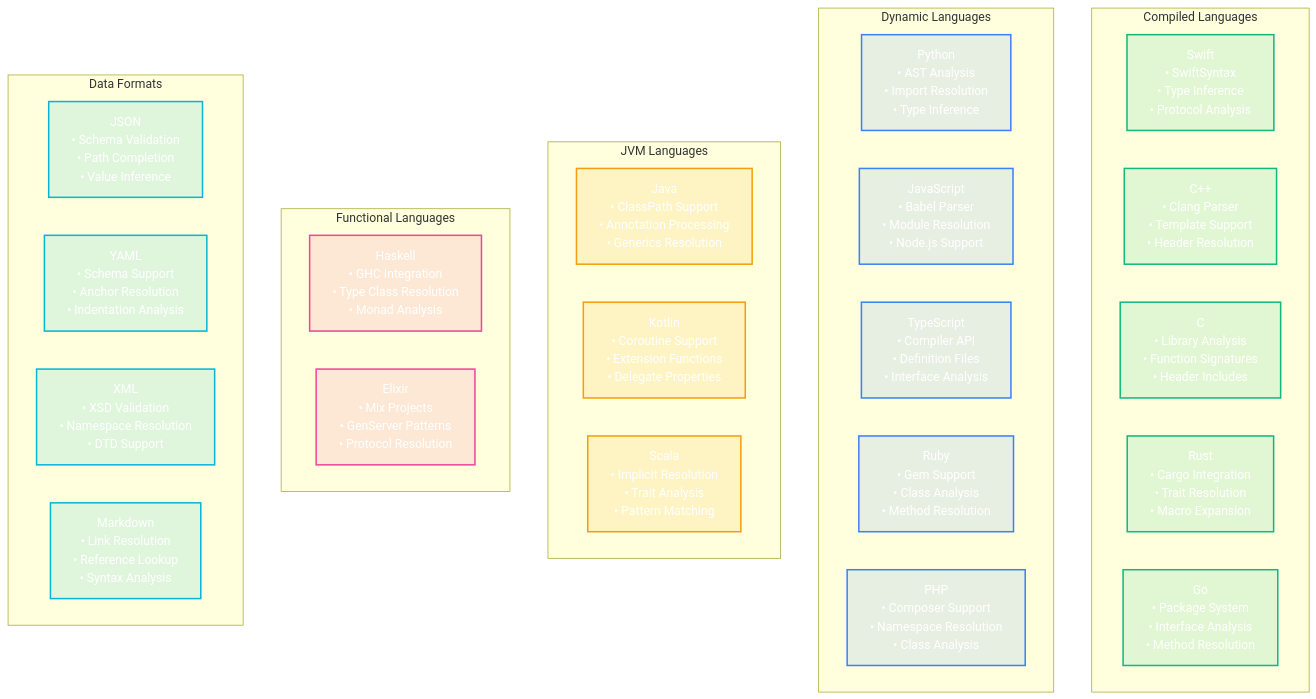
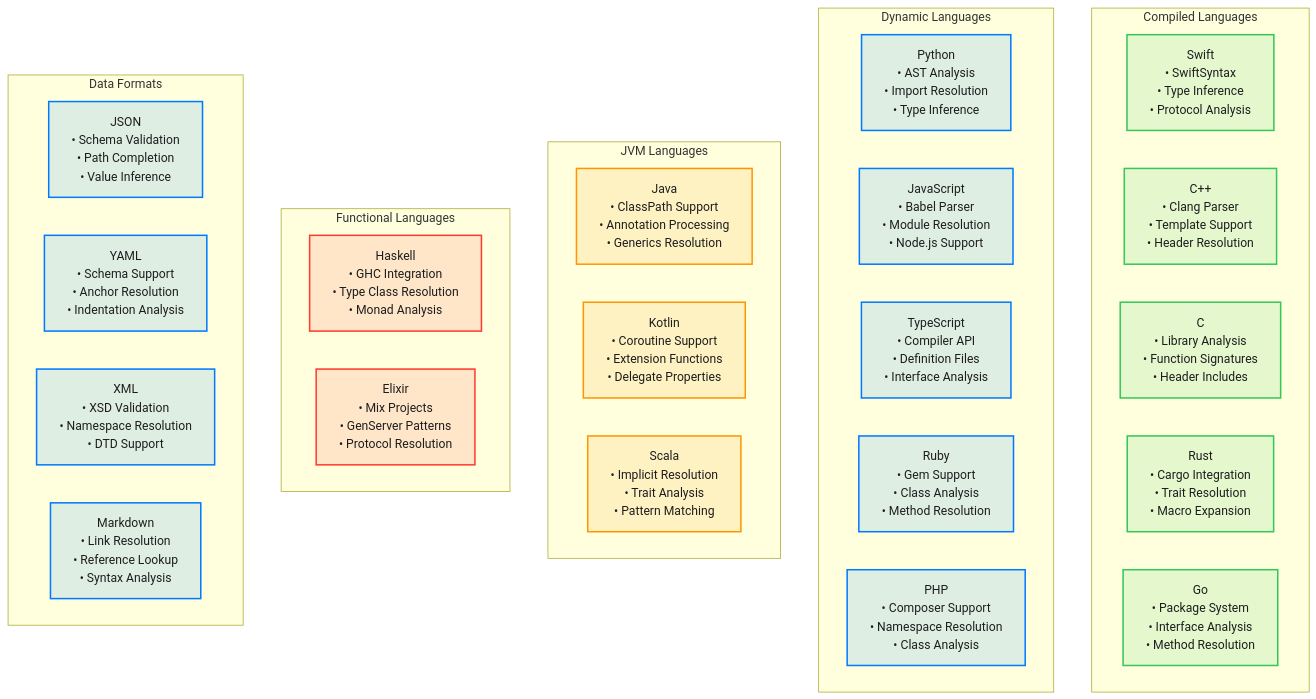
Before and after one commit to ajmcclary/CodeEditorKit: the second of 2 diagrams in Diagrams/15-language-provider-ecosystem.md, drawn with Mermaid. The commit also changed other lines of this file and 25 other files, not shown here.

First line of the commit message:
Refactor diagram color schemes for dark mode compatibility and semantic clarity

````diff
--- a/Diagrams/15-language-provider-ecosystem.md
+++ b/Diagrams/15-language-provider-ecosystem.md
@@ -374,63 +374,63 @@
 ```mermaid
 flowchart TB
     subgraph "Compiled Languages"
         SWIFT[Swift<br/>• SwiftSyntax<br/>• Type Inference<br/>• Protocol Analysis]
         CPP[C++<br/>• Clang Parser<br/>• Template Support<br/>• Header Resolution]
         C[C<br/>• Library Analysis<br/>• Function Signatures<br/>• Header Includes]
         RUST[Rust<br/>• Cargo Integration<br/>• Trait Resolution<br/>• Macro Expansion]
         GO[Go<br/>• Package System<br/>• Interface Analysis<br/>• Method Resolution]
     end
 
     subgraph "Dynamic Languages"
         PYTHON[Python<br/>• AST Analysis<br/>• Import Resolution<br/>• Type Inference]
         JS[JavaScript<br/>• Babel Parser<br/>• Module Resolution<br/>• Node.js Support]
         TS[TypeScript<br/>• Compiler API<br/>• Definition Files<br/>• Interface Analysis]
         RUBY[Ruby<br/>• Gem Support<br/>• Class Analysis<br/>• Method Resolution]
         PHP[PHP<br/>• Composer Support<br/>• Namespace Resolution<br/>• Class Analysis]
     end
 
     subgraph "JVM Languages"
         JAVA[Java<br/>• ClassPath Support<br/>• Annotation Processing<br/>• Generics Resolution]
         KOTLIN[Kotlin<br/>• Coroutine Support<br/>• Extension Functions<br/>• Delegate Properties]
         SCALA[Scala<br/>• Implicit Resolution<br/>• Trait Analysis<br/>• Pattern Matching]
     end
 
     subgraph "Functional Languages"
         HASKELL[Haskell<br/>• GHC Integration<br/>• Type Class Resolution<br/>• Monad Analysis]
         ELIXIR[Elixir<br/>• Mix Projects<br/>• GenServer Patterns<br/>• Protocol Resolution]
     end
 
     subgraph "Data Formats"
         JSON[JSON<br/>• Schema Validation<br/>• Path Completion<br/>• Value Inference]
         YAML[YAML<br/>• Schema Support<br/>• Anchor Resolution<br/>• Indentation Analysis]
         XML[XML<br/>• XSD Validation<br/>• Namespace Resolution<br/>• DTD Support]
         MD[Markdown<br/>• Link Resolution<br/>• Reference Lookup<br/>• Syntax Analysis]
     end
 
     %% Styling - Dark mode friendly colors
-    classDef compiled fill:#10b98120,stroke:#10b981,stroke-width:2px,color:#fff
-    classDef dynamic fill:#3b82f620,stroke:#3b82f6,stroke-width:2px,color:#fff
-    classDef jvm fill:#f59e0b20,stroke:#f59e0b,stroke-width:2px,color:#fff
-    classDef functional fill:#ec489920,stroke:#ec4899,stroke-width:2px,color:#fff
-    classDef data fill:#06b6d420,stroke:#06b6d4,stroke-width:2px,color:#fff
+    classDef compiled fill:#34C75920,stroke:#34C759,stroke-width:2px,color:#1D1D1F
+    classDef dynamic fill:#007AFF20,stroke:#007AFF,stroke-width:2px,color:#1D1D1F
+    classDef jvm fill:#FF950020,stroke:#FF9500,stroke-width:2px,color:#1D1D1F
+    classDef functional fill:#FF3B3020,stroke:#FF3B30,stroke-width:2px,color:#1D1D1F
+    classDef data fill:#007AFF20,stroke:#007AFF,stroke-width:2px,color:#1D1D1F
 
     class SWIFT compiled
     class CPP compiled
     class C compiled
     class RUST compiled
     class GO compiled
     class PYTHON dynamic
     class JS dynamic
     class TS dynamic
     class RUBY dynamic
     class PHP dynamic
     class JAVA jvm
     class KOTLIN jvm
     class SCALA jvm
     class HASKELL functional
     class ELIXIR functional
     class JSON data
     class YAML data
     class XML data
     class MD data
 ```
````
